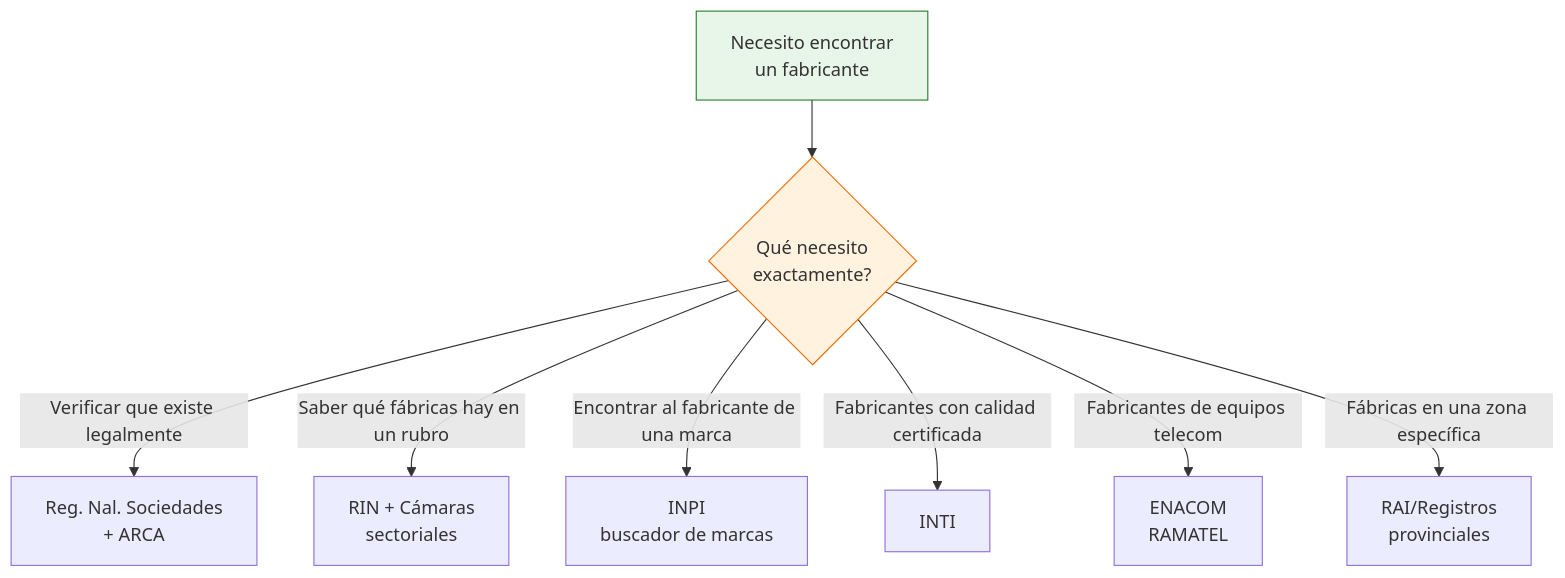
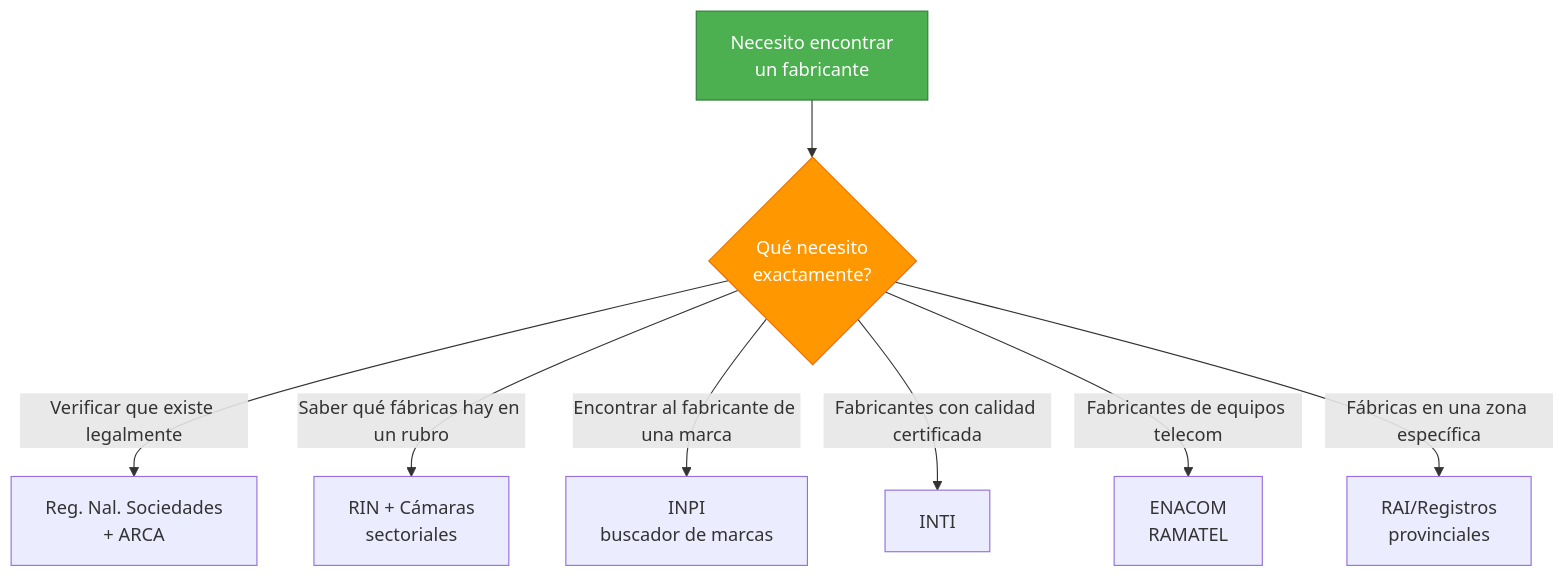
Before and after one commit to barrosignacioezequiel-coder/docs: the diagram in app/paso1-argentina/encontrar-fabricas/otros-registros.mdx, drawn with Mermaid. The commit also changed 66 other files, not shown here.

First line of the commit message:
fix: resolve Mermaid v11 numbered list errors + improve contrast

````diff
--- a/app/paso1-argentina/encontrar-fabricas/otros-registros.mdx
+++ b/app/paso1-argentina/encontrar-fabricas/otros-registros.mdx
@@ -137,14 +137,14 @@
 ```mermaid
 graph TD
     A["Necesito encontrar<br/>un fabricante"] --> B{"Qué necesito<br/>exactamente?"}
 
     B -->|"Verificar que existe legalmente"| C["Reg. Nal. Sociedades<br/>+ ARCA"]
     B -->|"Saber qué fábricas hay en un rubro"| D["RIN + Cámaras<br/>sectoriales"]
     B -->|"Encontrar al fabricante de una marca"| E["INPI<br/>buscador de marcas"]
     B -->|"Fabricantes con calidad certificada"| F["INTI"]
     B -->|"Fabricantes de equipos telecom"| G["ENACOM<br/>RAMATEL"]
     B -->|"Fábricas en una zona específica"| H["RAI/Registros<br/>provinciales"]
 
-    style A fill:#e8f5e9,stroke:#2e7d32
-    style B fill:#fff3e0,stroke:#ef6c00
+    style A fill:#4caf50,stroke:#2e7d32,color:#fff
+    style B fill:#ff9800,stroke:#ef6c00,color:#fff
 ```
````
